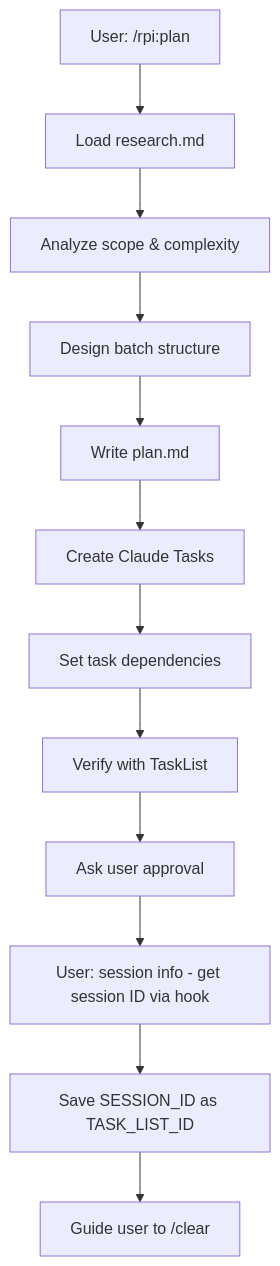
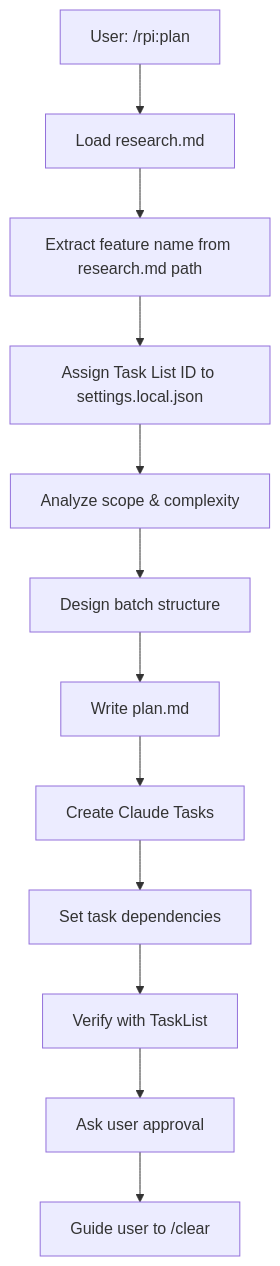
One commit to ValseLee/RPIWorkflow changed the diagram in commands/plan.md. Above: the diagram before and after it, drawn with Mermaid. The commit also changed other lines of this file and 2 other files, not shown here.

First line of the commit message:
✨ feat: add Task List ID auto-assign to plan phase

````diff
--- a/commands/plan.md
+++ b/commands/plan.md
@@ -30,14 +30,14 @@
 ```mermaid
 flowchart TB
     Start[User: /rpi:plan] --> Load[Load research.md]
-    Load --> Analyze[Analyze scope & complexity]
+    Load --> ExtractID[Extract feature name from research.md path]
+    ExtractID --> AssignID[Assign Task List ID to settings.local.json]
+    AssignID --> Analyze[Analyze scope & complexity]
     Analyze --> Design[Design batch structure]
     Design --> Write[Write plan.md]
     Write --> Tasks[Create Claude Tasks]
     Tasks --> Deps[Set task dependencies]
     Deps --> Verify[Verify with TaskList]
     Verify --> Approval[Ask user approval]
-    Approval --> Session[User: session info - get session ID via hook]
-    Session --> Save[Save SESSION_ID as TASK_LIST_ID]
-    Save --> Clear[Guide user to /clear]
+    Approval --> Clear[Guide user to /clear]
 ```
````
